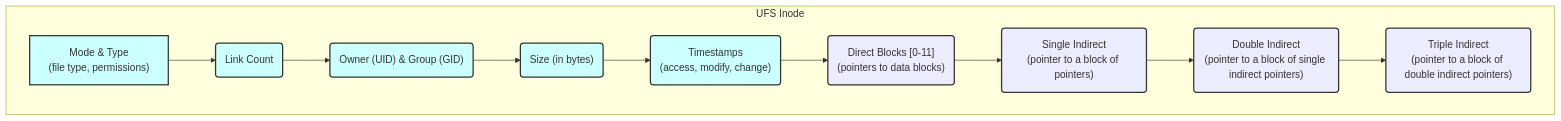
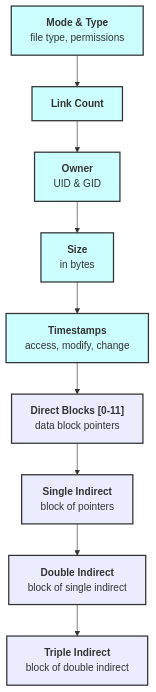
Before and after one commit to macsplit/unix_doc: the diagram in diagrams/3.1-ufs-inode.mmd, drawn with Mermaid. The commit also changed 23 other files, not shown here.

First line of the commit message:
Redesign 12 excessively wide diagrams to vertical format

```diff
--- a/diagrams/3.1-ufs-inode.mmd
+++ b/diagrams/3.1-ufs-inode.mmd
@@ -1,21 +1,22 @@
 graph TD
-    subgraph "UFS Inode"
-        A["Mode & Type<br/>(file type, permissions)"] --> B("Link Count")
-        B --> C("Owner (UID) & Group (GID)")
-        C --> D("Size (in bytes)")
-        D --> E("Timestamps<br/>(access, modify, change)")
-        E --> F("Direct Blocks [0-11]<br/>(pointers to data blocks)")
-        F --> G("Single Indirect<br/>(pointer to a block of pointers)")
-        G --> H("Double Indirect<br/>(pointer to a block of single indirect pointers)")
-        H --> I("Triple Indirect<br/>(pointer to a block of double indirect pointers)")
-    end
+    A["<b>Mode & Type</b><br/>file type, permissions"]
+    B["<b>Link Count</b>"]
+    C["<b>Owner</b><br/>UID & GID"]
+    D["<b>Size</b><br/>in bytes"]
+    E["<b>Timestamps</b><br/>access, modify, change"]
+    F["<b>Direct Blocks [0-11]</b><br/>data block pointers"]
+    G["<b>Single Indirect</b><br/>block of pointers"]
+    H["<b>Double Indirect</b><br/>block of single indirect"]
+    I["<b>Triple Indirect</b><br/>block of double indirect"]
+
+    A --> B --> C --> D --> E --> F --> G --> H --> I
 
     style A fill:#cff,stroke:#333,stroke-width:2px
     style B fill:#cff,stroke:#333,stroke-width:2px
     style C fill:#cff,stroke:#333,stroke-width:2px
     style D fill:#cff,stroke:#333,stroke-width:2px
     style E fill:#cff,stroke:#333,stroke-width:2px
     style F fill:#lightgreen,stroke:#333,stroke-width:2px
     style G fill:#lightyellow,stroke:#333,stroke-width:2px
     style H fill:#lightcoral,stroke:#333,stroke-width:2px
     style I fill:#lightgrey,stroke:#333,stroke-width:2px
```
